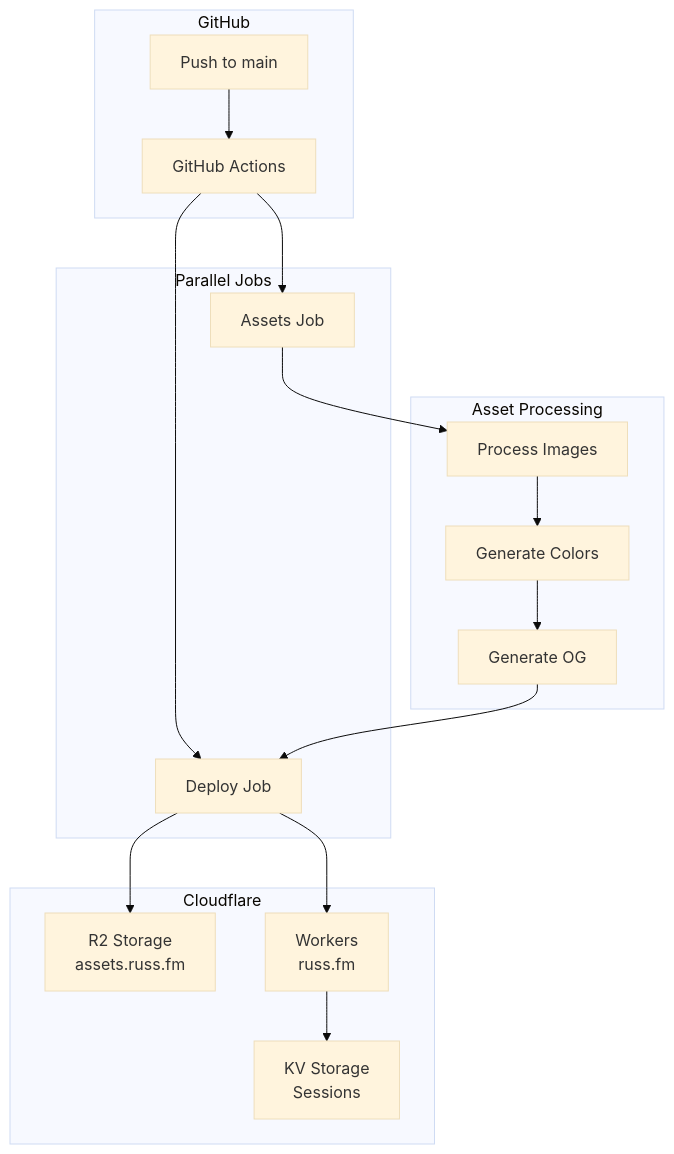
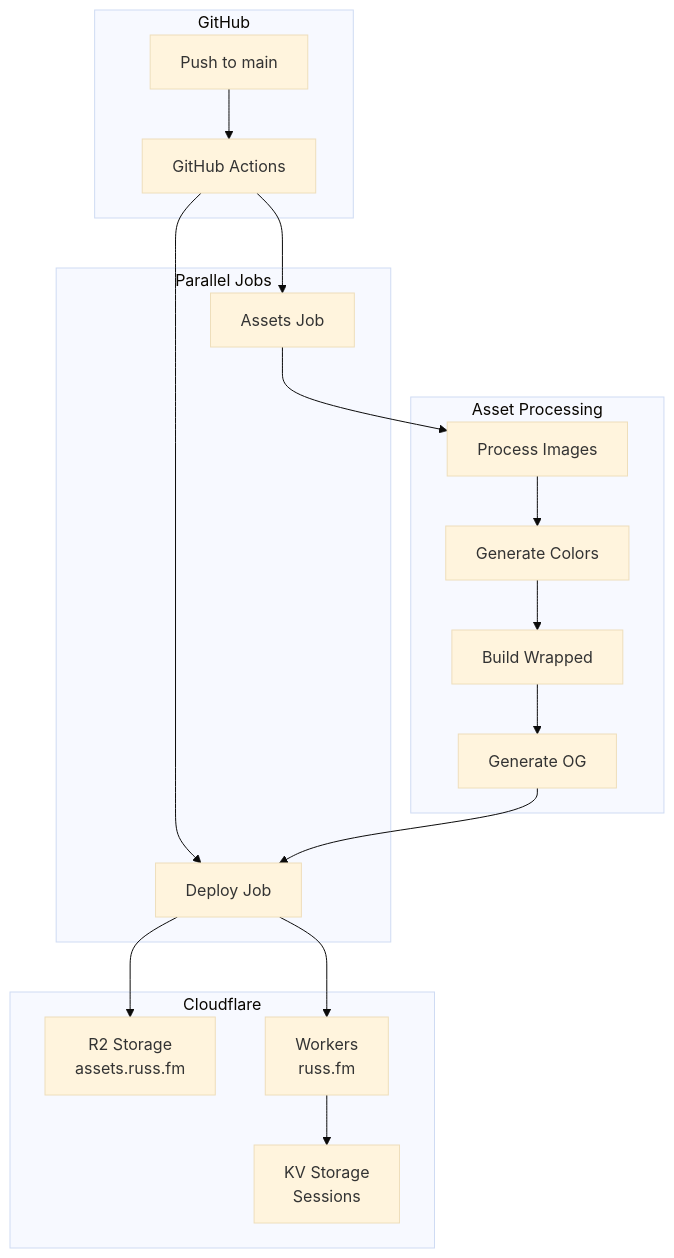
The diagram in docs/build-pipeline/deployment.md (russmckendrick/russ-fm), drawn with Mermaid (base theme) before and after one commit. The commit also changed other lines of this file and 6 other files, not shown here.

````diff
--- a/docs/build-pipeline/deployment.md
+++ b/docs/build-pipeline/deployment.md
@@ -7,37 +7,39 @@
 ```mermaid
 flowchart TB
     subgraph GitHub["GitHub"]
         Push[Push to main]
         Actions[GitHub Actions]
     end
 
     subgraph Jobs["Parallel Jobs"]
         Assets[Assets Job]
         Deploy[Deploy Job]
     end
 
     subgraph Processing["Asset Processing"]
         Images[Process Images]
         Colors[Generate Colors]
+        Wrapped[Build Wrapped]
         OG[Generate OG]
     end
 
     subgraph Cloudflare["Cloudflare"]
         R2[R2 Storage<br>assets.russ.fm]
         Workers[Workers<br>russ.fm]
         KV[KV Storage<br>Sessions]
     end
 
     Push --> Actions
     Actions --> Assets
     Actions --> Deploy
 
     Assets --> Images
     Images --> Colors
-    Colors --> OG
+    Colors --> Wrapped
+    Wrapped --> OG
 
     OG --> Deploy
     Deploy --> R2
     Deploy --> Workers
     Workers --> KV
 ```
````
